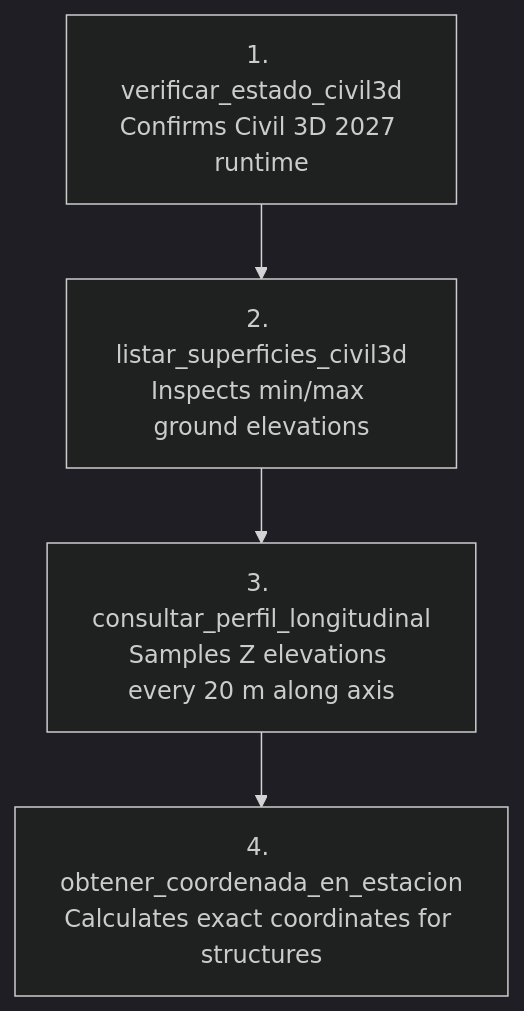
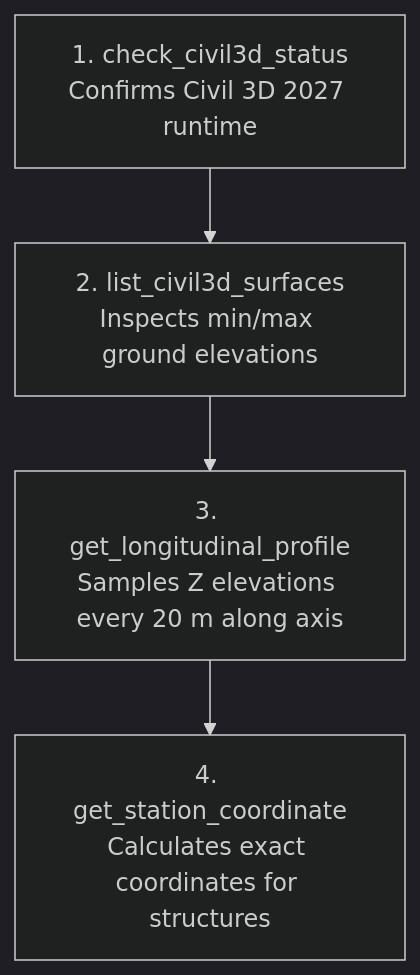
The third of 4 diagrams in docs/TOOLS_CHEAT_SHEET.md (LuiccianDev/autocad-mcp), drawn with Mermaid (dark theme) before and after one commit. The commit also changed other lines of this file and 10 other files, not shown here.

````diff
--- a/docs/TOOLS_CHEAT_SHEET.md
+++ b/docs/TOOLS_CHEAT_SHEET.md
@@ -88,6 +88,6 @@
 ```mermaid
 flowchart TD
-    A["1. verificar_estado_civil3d\nConfirms Civil 3D 2027 runtime"] --> B["2. listar_superficies_civil3d\nInspects min/max ground elevations"]
-    B --> C["3. consultar_perfil_longitudinal\nSamples Z elevations every 20 m along axis"]
-    C --> D["4. obtener_coordenada_en_estacion\nCalculates exact coordinates for structures"]
+    A["1. check_civil3d_status\nConfirms Civil 3D 2027 runtime"] --> B["2. list_civil3d_surfaces\nInspects min/max ground elevations"]
+    B --> C["3. get_longitudinal_profile\nSamples Z elevations every 20 m along axis"]
+    C --> D["4. get_station_coordinate\nCalculates exact coordinates for structures"]
 ```
````
